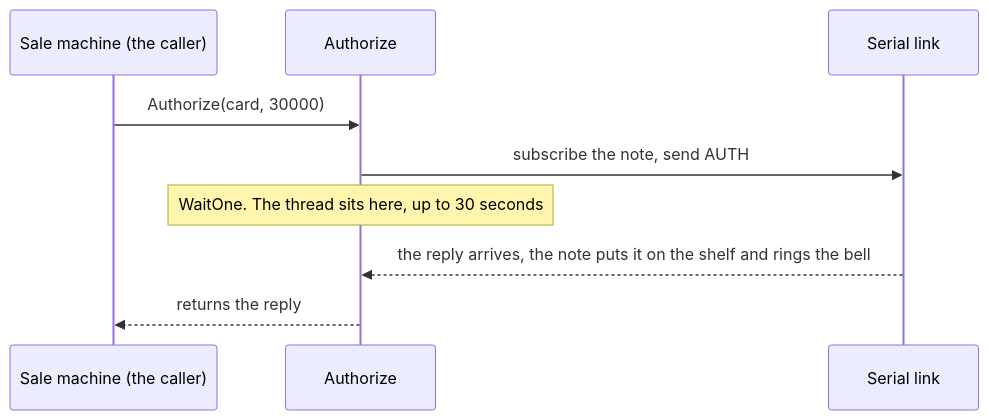
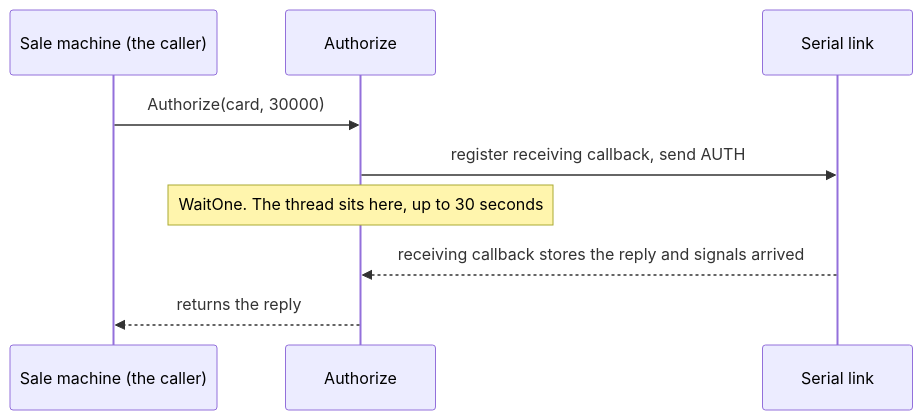
Before and after one commit to mmpworks/MMP.AsyncProxy: the first of 6 diagrams in docs/course/02-callbacks-and-promises.md, drawn with Mermaid. The commit also changed other lines of this file and 15 other files, not shown here.

````diff
--- a/docs/course/02-callbacks-and-promises.md
+++ b/docs/course/02-callbacks-and-promises.md
@@ -121,11 +133,11 @@
 ```mermaid
 sequenceDiagram
     participant C as Sale machine (the caller)
     participant A as Authorize
     participant L as Serial link
     C->>A: Authorize(card, 30000)
-    A->>L: subscribe the note, send AUTH
+    A->>L: register receiving callback, send AUTH
     Note over A: WaitOne. The thread sits here, up to 30 seconds
-    L-->>A: the reply arrives, the note puts it on the shelf and rings the bell
+    L-->>A: receiving callback stores the reply and signals arrived
     A-->>C: returns the reply
 ```
````
